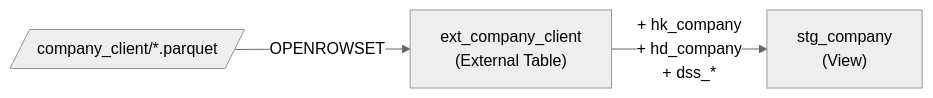
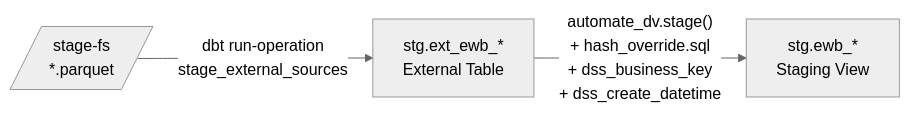
The third of 5 diagrams in design/data-flow/end_to_end.md (fellnerd/datavault-dbt), drawn with Mermaid (neutral theme) before and after one commit. The commit also changed other lines of this file and 11 other files, not shown here.

````diff
--- a/design/data-flow/end_to_end.md
+++ b/design/data-flow/end_to_end.md
@@ -79,9 +103,9 @@
 ```mermaid
 flowchart LR
-    PARQUET[/"company_client/*.parquet"/]
-    EXT["ext_company_client<br/>(External Table)"]
-    STG["stg_company<br/>(View)"]
-    
-    PARQUET -->|"OPENROWSET"| EXT
-    EXT -->|"+ hk_company<br/>+ hd_company<br/>+ dss_*"| STG
+    SFS[/"stage-fs\n*.parquet"/]
+    EXT["stg.ext_ewb_*\nExternal Table"]
+    STG["stg.ewb_*\nStaging View"]
+
+    SFS -->|"dbt run-operation\nstage_external_sources"| EXT
+    EXT -->|"automate_dv.stage()\n+ hash_override.sql\n+ dss_business_key\n+ dss_create_datetime"| STG
 ```
````
